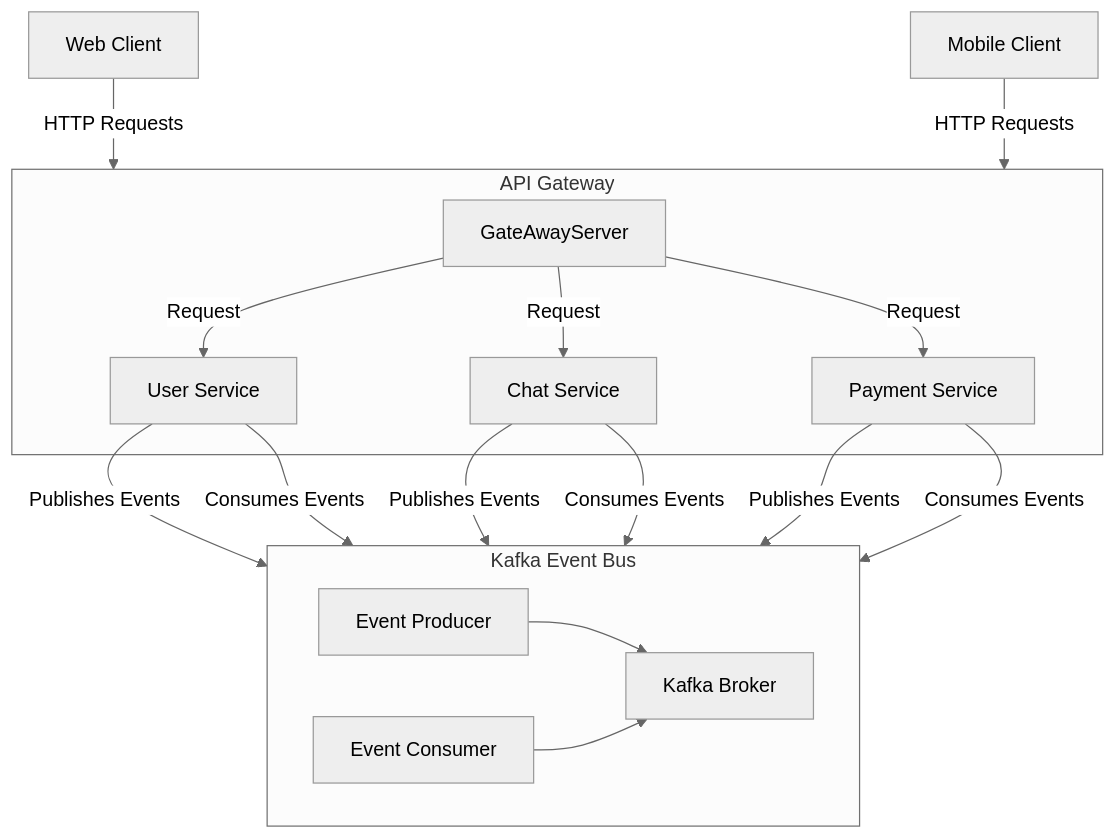
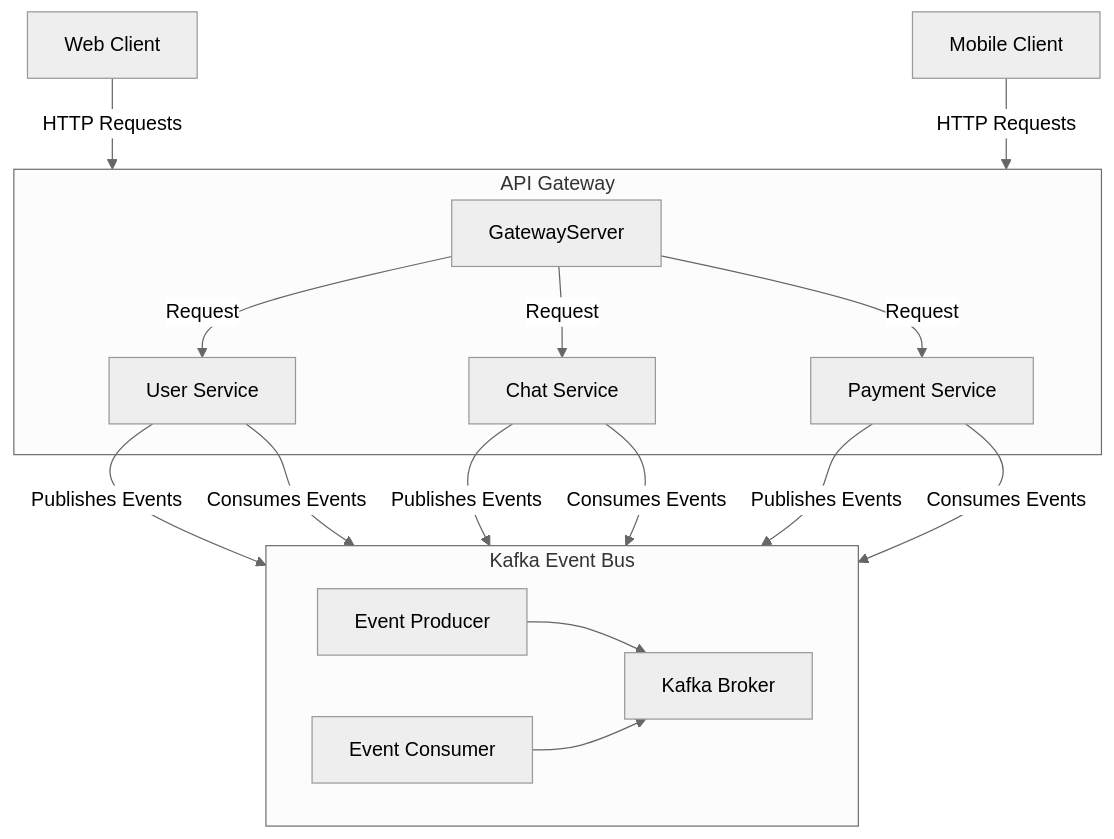
The second of 3 diagrams in README.md (do-huni/event-driven-microservices-with-flask), drawn with Mermaid (neutral theme) before and after one commit. The commit also changed other lines of this file, not shown here.

Commit message:
docs: readme 수정

````diff
--- a/README.md
+++ b/README.md
@@ -70,34 +72,34 @@
 ```mermaid
 flowchart TD
     %% 외부 클라이언트에서 게이트웨이로의 접근
     Client1["Web Client"]
     Client2["Mobile Client"]
     Client1 -->|HTTP Requests| APIGateway
     Client2 -->|HTTP Requests| APIGateway
 
     %% 게이트웨이가 각 서비스로 라우팅
     subgraph APIGateway["API Gateway"]
-        GateAwayServer
-        GateAwayServer -->|Request| UserService["User Service"]
-        GateAwayServer -->|Request| ChatService["Chat Service"]
-        GateAwayServer -->|Request| PaymentService["Payment Service"]
+        GatewayServer
+        GatewayServer -->|Request| UserService["User Service"]
+        GatewayServer -->|Request| ChatService["Chat Service"]
+        GatewayServer -->|Request| PaymentService["Payment Service"]
     end
 
     %% EventBus (Kafka)
     subgraph EventBus["Kafka Event Bus"]
         KafkaProducer["Event Producer"]
         KafkaConsumer["Event Consumer"]
         KafkaProducer --> Kafka["Kafka Broker"]
         KafkaConsumer --> Kafka
     end
 
     %% 각 서비스는 Kafka와 통신
     UserService -->|Publishes Events| EventBus
     UserService -->|Consumes Events| EventBus
     ChatService -->|Publishes Events| EventBus
     ChatService -->|Consumes Events| EventBus
     PaymentService -->|Publishes Events| EventBus
     PaymentService -->|Consumes Events| EventBus
 
 
 ```
````
